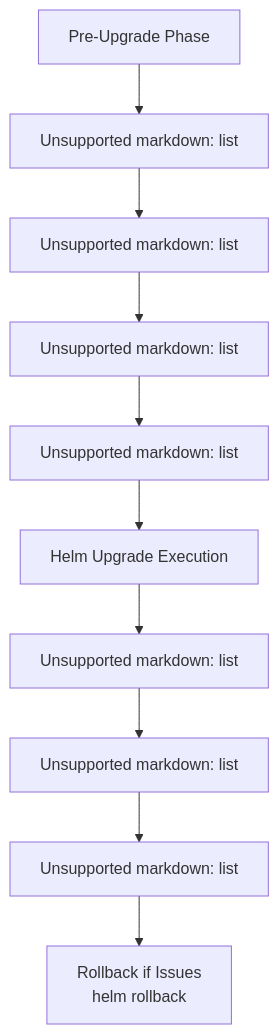
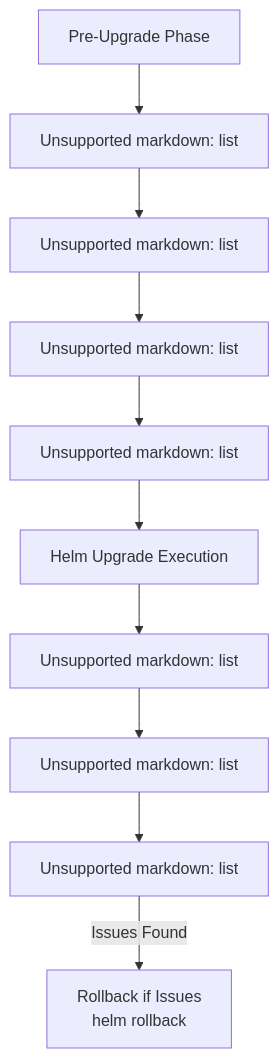
The seventh of 10 diagrams in docs/hyperdxio-helm-charts-docs/Operations-and-Maintenance.md (openchoreo/openchoreo), drawn with Mermaid before and after one commit. The commit also changed other lines of this file and 85 other files, not shown here.

Commit message:
feat: Add new workflow and specification templates, update Helm chart dependencies, and clarify documentation diagrams.

````diff
--- a/docs/hyperdxio-helm-charts-docs/Operations-and-Maintenance.md
+++ b/docs/hyperdxio-helm-charts-docs/Operations-and-Maintenance.md
@@ -556,24 +556,24 @@
 ```mermaid
 flowchart TD
 
 PreUpgrade["Pre-Upgrade Phase"]
 Backup["Unsupported markdown: list"]
 CheckVersion["Unsupported markdown: list"]
 ReviewChangelog["Unsupported markdown: list"]
 TestEnv["Unsupported markdown: list"]
 Upgrade["Helm Upgrade Execution"]
 VerifyPods["Unsupported markdown: list"]
 CheckLogs["Unsupported markdown: list"]
 HealthCheck["Unsupported markdown: list"]
 Rollback["Rollback if Issues<br>helm rollback"]
 
 PreUpgrade --> Backup
 Backup --> CheckVersion
 CheckVersion --> ReviewChangelog
 ReviewChangelog --> TestEnv
 TestEnv --> Upgrade
 Upgrade --> VerifyPods
 VerifyPods --> CheckLogs
 CheckLogs --> HealthCheck
-HealthCheck --> Rollback
+HealthCheck -->|"Issues Found"| Rollback
 ```
````
